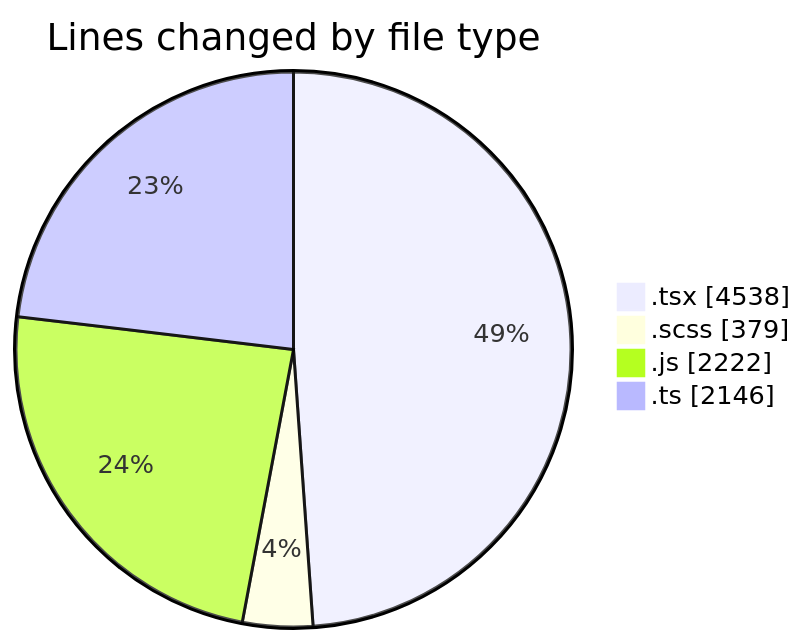
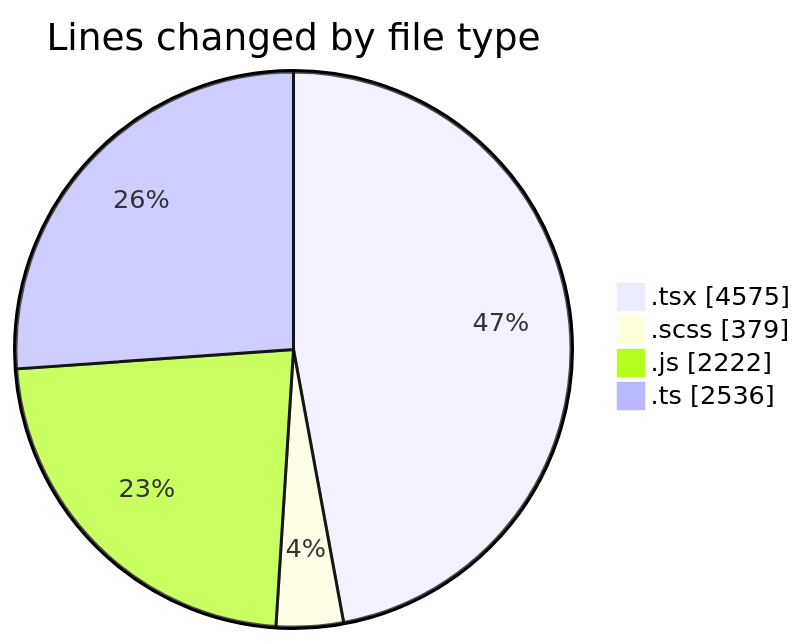
One commit to momahboobian/code-tracking changed the first of 2 diagrams in 2026-06-17/cda/README.md. Above: the diagram before and after it, drawn with Mermaid. The commit also changed other lines of this file and 1 other file, not shown here.

````diff
--- a/2026-06-17/cda/README.md
+++ b/2026-06-17/cda/README.md
@@ -57,8 +57,8 @@
 ```mermaid
 pie showData
 title Lines changed by file type
-".tsx" : 4538
+".tsx" : 4575
 ".scss" : 379
 ".js" : 2222
-".ts" : 2146
+".ts" : 2536
 ```
````
